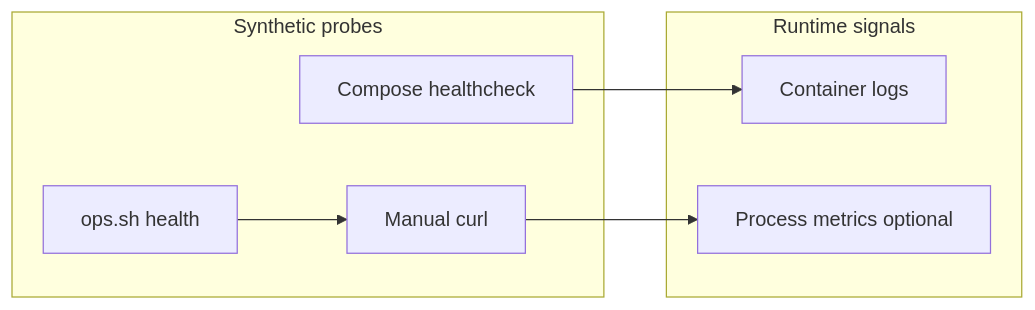
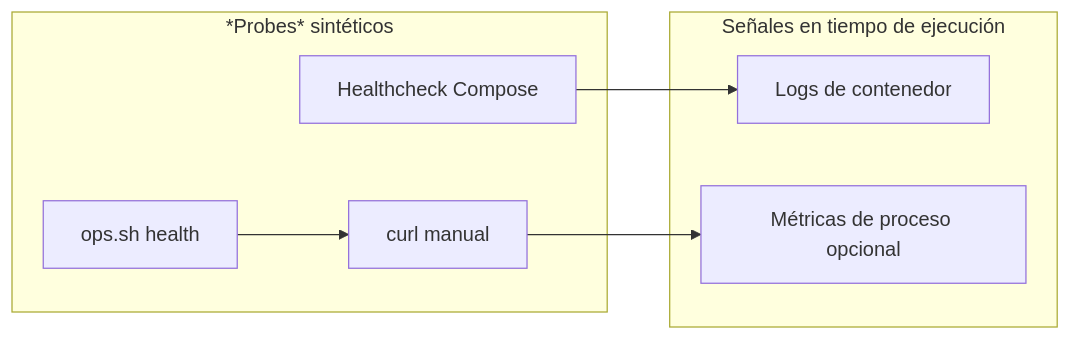
The diagram in docs/as-built/observability.md (13g4d0/docu-es), drawn with Mermaid before and after one commit. The commit also changed other lines of this file and 38 other files, not shown here.

````diff
--- a/docs/as-built/observability.md
+++ b/docs/as-built/observability.md
@@ -16,17 +16,17 @@
 ```mermaid
 flowchart LR
-  subgraph probes [Synthetic probes]
-    H1[Compose healthcheck]
+  subgraph probes [*Probes* sintéticos]
+    H1[Healthcheck Compose]
     H2[ops.sh health]
-    H3[Manual curl]
+    H3[curl manual]
   end
 
-  subgraph signals [Runtime signals]
-    L[Container logs]
-    M[Process metrics optional]
+  subgraph signals [Señales en tiempo de ejecución]
+    L[Logs de contenedor]
+    M[Métricas de proceso opcional]
   end
 
   H1 --> L
   H2 --> H3
   H3 --> M
 ```
````
